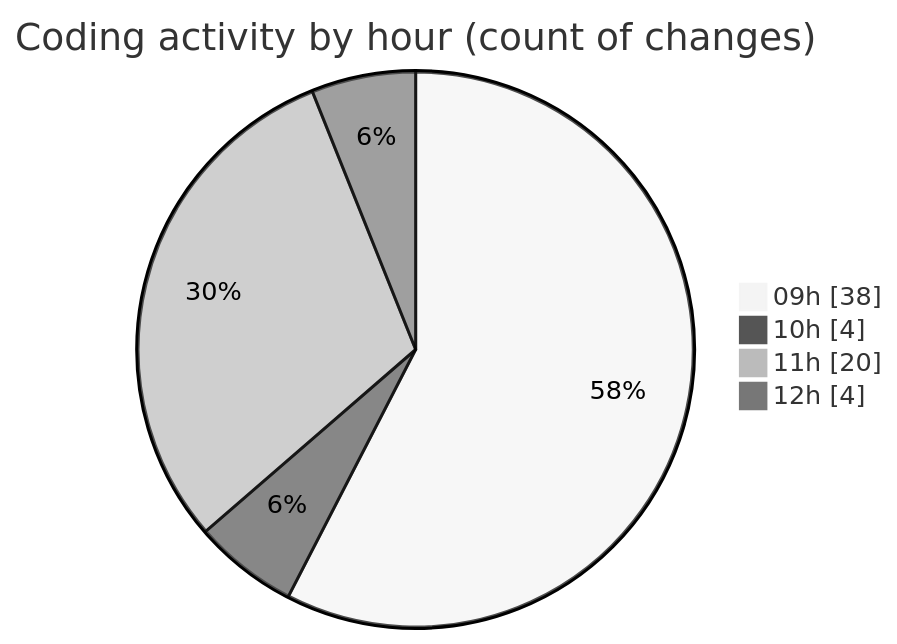
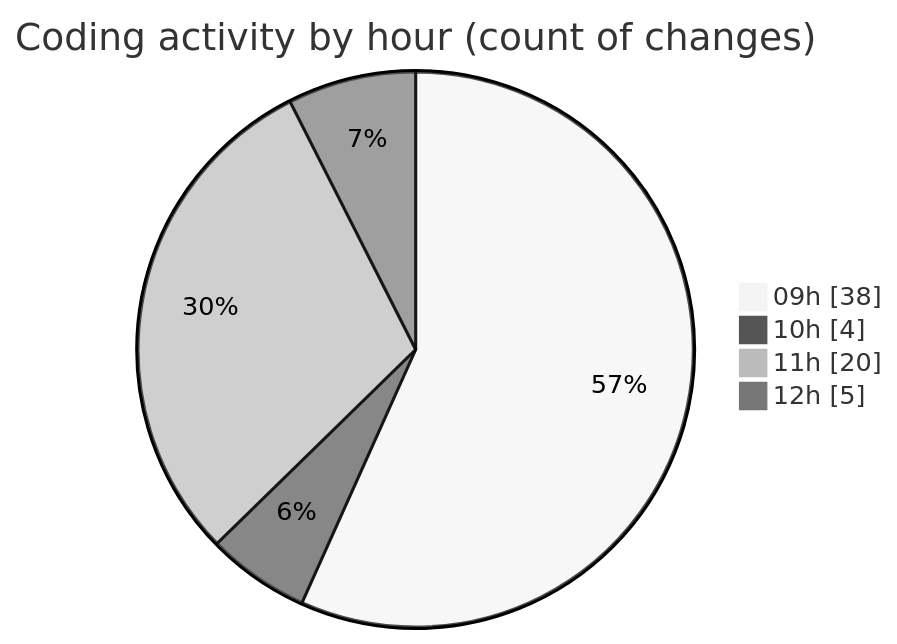
The second of 2 diagrams in 2026-09-18/cda/README.md (momahboobian/code-tracking), drawn with Mermaid (neutral theme) before and after one commit. The commit also changed other lines of this file and 1 other file, not shown here.

````diff
--- a/2026-09-18/cda/README.md
+++ b/2026-09-18/cda/README.md
@@ -67,8 +67,8 @@
 ```mermaid
 pie showData
 title Coding activity by hour (count of changes)
 "09h" : 38
 "10h" : 4
 "11h" : 20
-"12h" : 4
+"12h" : 5
 ```
````
